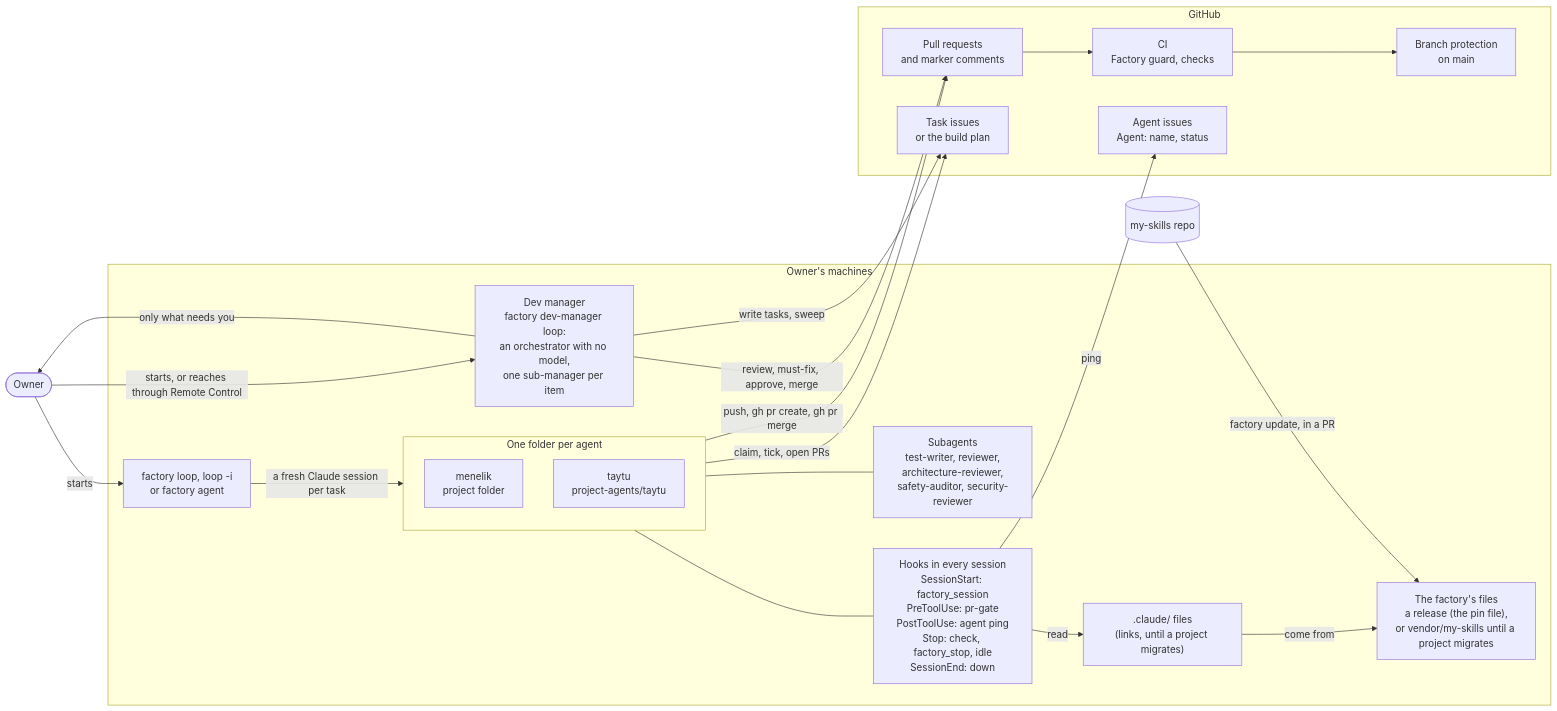
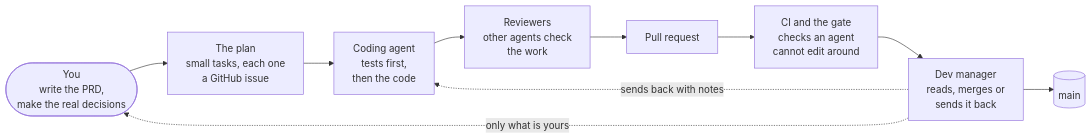
Before and after one commit to deresegetachew/my-skills: the first of 7 diagrams in software-factory/README.md, drawn with Mermaid. The commit also changed other lines of this file, not shown here.

First line of the commit message:
Rewrite the factory README opening: the idea, why, roles, one task, the safety layers, with diagrams

````diff
--- a/software-factory/README.md
+++ b/software-factory/README.md
@@ -156,44 +15,15 @@
 ```mermaid
 flowchart LR
-    owner(["Owner"])
+    you(["You<br/>write the PRD,<br/>make the real decisions"])
+    plan["The plan<br/>small tasks, each one<br/>a GitHub issue"]
+    agent["Coding agent<br/>tests first,<br/>then the code"]
+    review["Reviewers<br/>other agents check<br/>the work"]
+    pr["Pull request"]
+    ci["CI and the gate<br/>checks an agent<br/>cannot edit around"]
+    dm["Dev manager<br/>reads, merges or<br/>sends it back"]
+    main[("main")]
 
-    subgraph machine["Owner's machines"]
-        dm["Dev manager<br/>factory dev-manager loop:<br/>an orchestrator with no model,<br/>one sub-manager per item"]
-        loop["factory loop, loop -i<br/>or factory agent"]
-        subgraph folders["One folder per agent"]
-            a1["menelik<br/>project folder"]
-            a2["taytu<br/>project-agents/taytu"]
-        end
-        hooks["Hooks in every session<br/>SessionStart: factory_session<br/>PreToolUse: pr-gate<br/>PostToolUse: agent ping<br/>Stop: check, factory_stop, idle<br/>SessionEnd: down"]
-        subs["Subagents<br/>test-writer, reviewer,<br/>architecture-reviewer,<br/>safety-auditor, security-reviewer"]
-        links[".claude/ files<br/>(links, until a project migrates)"]
-        vendor["The factory's files<br/>a release (the pin file),<br/>or vendor/my-skills until a project migrates"]
-    end
-
-    subgraph github["GitHub"]
-        issues["Task issues<br/>or the build plan"]
-        agentissues["Agent issues<br/>Agent: name, status"]
-        prs["Pull requests<br/>and marker comments"]
-        ci["CI<br/>Factory guard, checks"]
-        bp["Branch protection<br/>on main"]
-    end
-
-    myskills[("my-skills repo")]
-
-    owner -->|"starts"| loop
-    owner -->|"starts, or reaches through Remote Control"| dm
-    loop -->|"a fresh Claude session per task"| folders
-    folders --- hooks
-    folders --- subs
-    hooks -->|"read"| links
-    links -->|"come from"| vendor
-    myskills -->|"factory update, in a PR"| vendor
-    folders -->|"claim, tick, open PRs"| issues
-    hooks -->|"ping"| agentissues
-    folders -->|"push, gh pr create, gh pr merge"| prs
-    prs --> ci
-    ci --> bp
-    dm -->|"review, must-fix, approve, merge"| prs
-    dm -->|"write tasks, sweep"| issues
-    dm -->|"only what needs you"| owner
+    you --> plan --> agent --> review --> pr --> ci --> dm --> main
+    dm -. "only what is yours" .-> you
+    dm -. "sends back with notes" .-> agent
 ```
````
